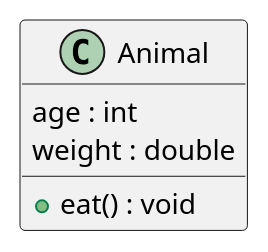
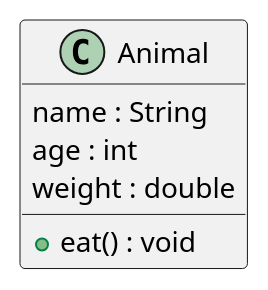
The diagram in ex-mypet/animal-class.md (lyhcode/oosad), drawn with PlantUML before and after one commit. The commit also changed 43 other files, not shown here.

````diff
--- a/ex-mypet/animal-class.md
+++ b/ex-mypet/animal-class.md
@@ -5,9 +5,10 @@
 ```uml
 @startuml
 class Animal {
+    name : String
     age : int
     weight : double
     + eat() : void
 }
 @enduml
 ```
````
